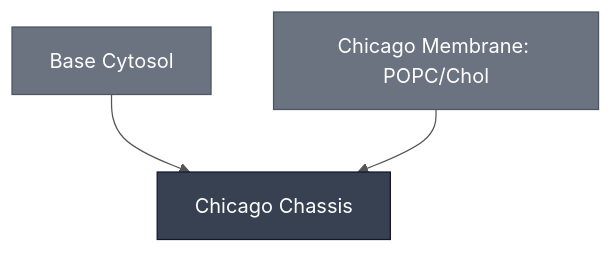
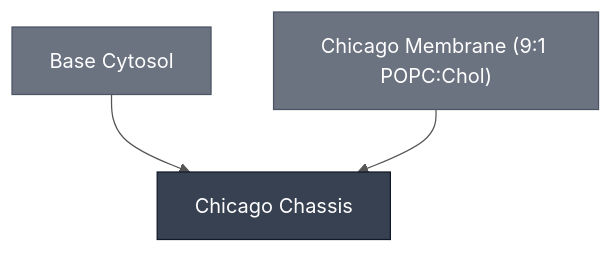
Before and after one commit to nucleus-eng/nucleus-docs: the diagram in docs/modules/chicago-chassis/spec.md, drawn with Mermaid. The commit also changed other lines of this file and 7 other files, not shown here.

````diff
--- a/docs/modules/chicago-chassis/spec.md
+++ b/docs/modules/chicago-chassis/spec.md
@@ -45,19 +18,19 @@
 ```mermaid
 %%{init: {'theme': 'base', 'themeVariables': {'lineColor': '#555555', 'edgeLabelBackground': '#ffffff'}}}%%
 flowchart TD
     BASE_CYTOSOL["Base Cytosol"]
     CHICAGO_CHASSIS["Chicago Chassis"]
-    MEMBRANE_POPC_CHOL_CHICAGO["Chicago Membrane: POPC/Chol"]
+    MEMBRANE_POPC_CHOL_CHICAGO["Chicago Membrane (9:1 POPC:Chol)"]
 
     BASE_CYTOSOL --> CHICAGO_CHASSIS
     MEMBRANE_POPC_CHOL_CHICAGO --> CHICAGO_CHASSIS
 
     classDef constituent fill:#6B7280,color:#ffffff,stroke:#4B5563;
     classDef this fill:#374151,color:#ffffff,stroke:#111827;
     class BASE_CYTOSOL,MEMBRANE_POPC_CHOL_CHICAGO constituent;
     class CHICAGO_CHASSIS this;
 
     click BASE_CYTOSOL "/docs/modules/base-cytosol/spec"
     click CHICAGO_CHASSIS "/docs/modules/chicago-chassis/spec"
     click MEMBRANE_POPC_CHOL_CHICAGO "/docs/modules/membrane-popc-chol-chicago/spec"
 ```
````
